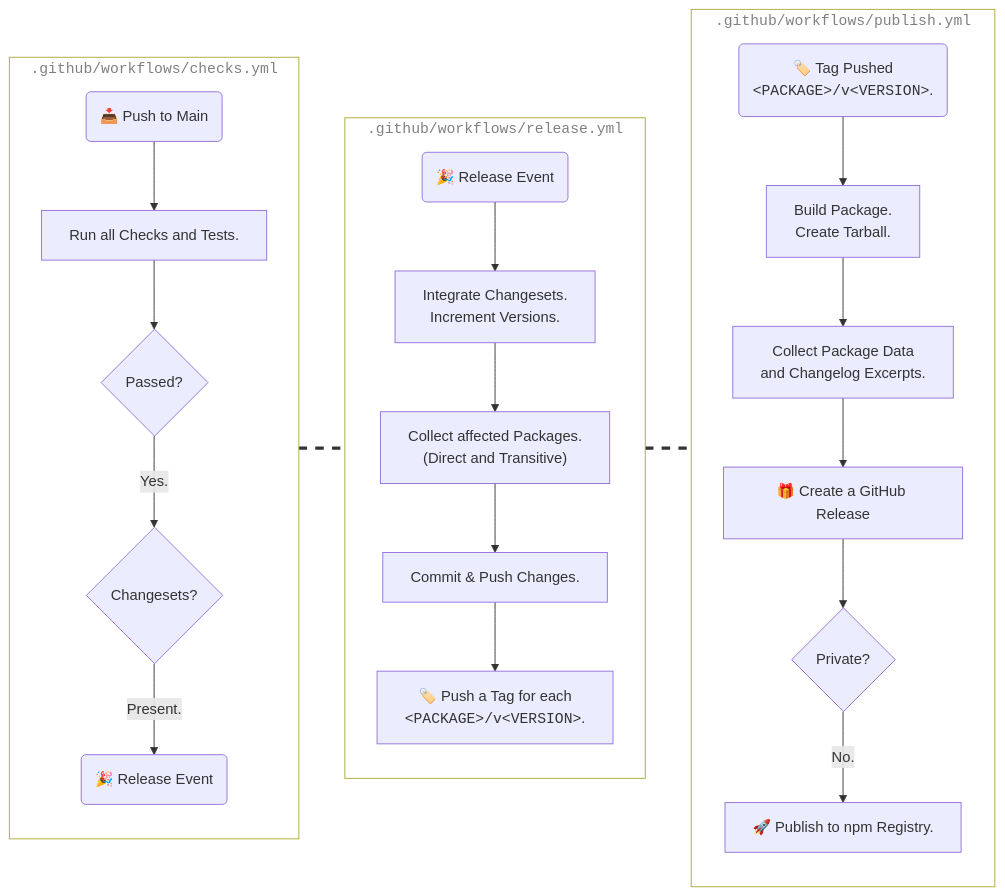
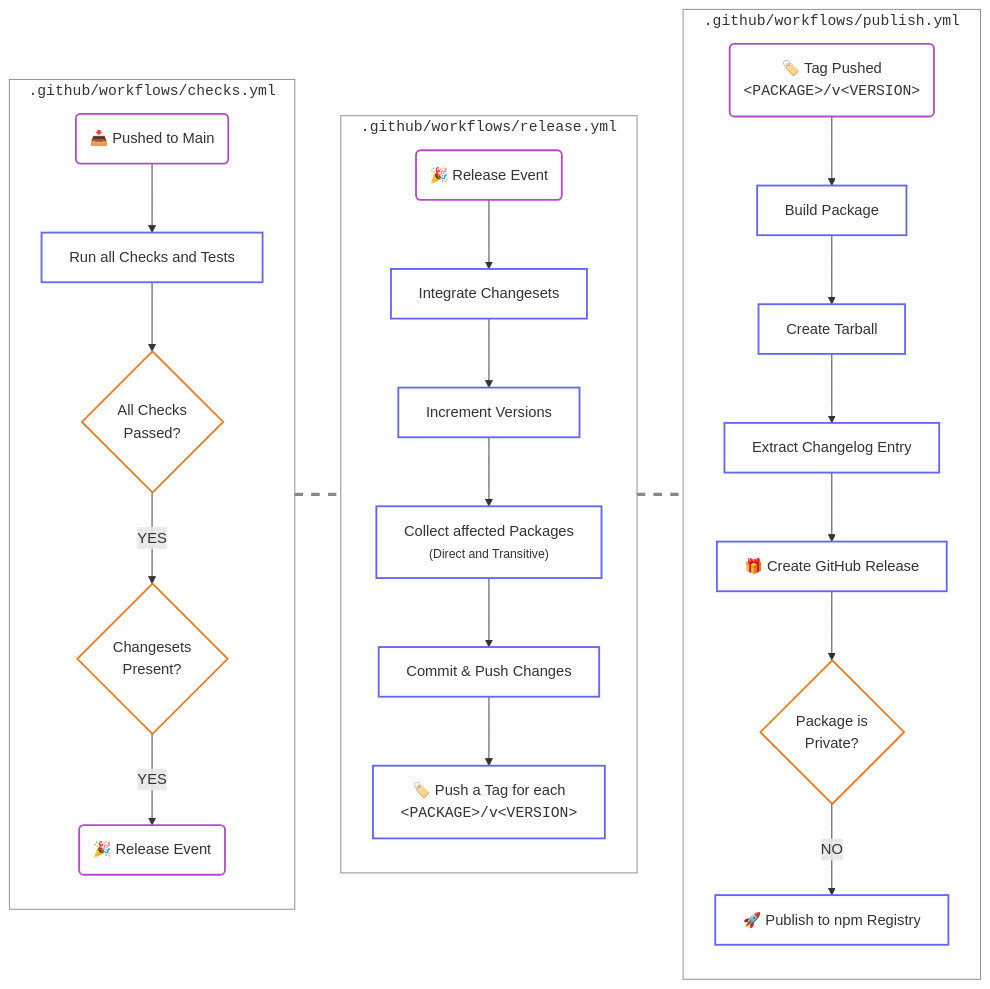
The diagram in README.md (simbo/simbo-configs), drawn with Mermaid before and after one commit.

Commit message:
docs(repo): update ci workflow in readme

````diff
--- a/README.md
+++ b/README.md
@@ -146,59 +146,69 @@
 ```mermaid
 flowchart LR
 
   subgraph ChecksWorkflow["<code>.github/workflows/checks.yml</code>"]
-    PushToMain@{ shape: rounded, label: "📥 Push to Main" }
-    Checks["Run all Checks and Tests."]
-    ChecksPassed{Passed?}
-    Changesets{Changesets?}
+    PushToMain@{ shape: rounded, label: "📥 Pushed to Main" }
+    Checks["Run all Checks and Tests"]
+    ChecksPassed{"All Checks<br>Passed?"}
+    Changesets{"Changesets<br>Present?"}
     ReleaseEventDispatch@{ shape: rounded, label: "🎉 Release Event" }
 
     direction TB
     PushToMain --> Checks
     Checks --> ChecksPassed
-    ChecksPassed -- "Yes." --> Changesets
-    Changesets -- "Present." --> ReleaseEventDispatch
+    ChecksPassed --"YES"--> Changesets
+    Changesets --"YES"--> ReleaseEventDispatch
   end
 
   subgraph ReleaseWorkflow["<code>.github/workflows/release.yml</code>"]
     ReleaseEvent@{ shape: rounded, label: "🎉 Release Event" }
-    IntegrateAndIncrement["Integrate Changesets.<br>Increment Versions."]
-    CollectPackages["Collect affected Packages.<br>(Direct and Transitive)"]
-    CommitAndPushChanges["Commit & Push Changes."]
-    PushReleaseTags["🏷️ Push a Tag for each<br><code>&lt;PACKAGE&gt;/v&lt;VERSION&gt;</code>."]
+    IntegrateChangesets["Integrate Changesets"]
+    IncrementVersions["Increment Versions"]
+    CollectPackages["Collect affected Packages<br><small>(Direct and Transitive)</small>"]
+    CommitAndPushChanges["Commit & Push Changes"]
+    PushReleaseTags["🏷️ Push a Tag for each<br><code>&lt;PACKAGE&gt;/v&lt;VERSION&gt;</code>"]
 
     direction TB
-    ReleaseEvent --> IntegrateAndIncrement
-    IntegrateAndIncrement --> CollectPackages
+    ReleaseEvent --> IntegrateChangesets
+    IntegrateChangesets --> IncrementVersions
+    IncrementVersions --> CollectPackages
     CollectPackages --> CommitAndPushChanges
     CommitAndPushChanges --> PushReleaseTags
   end
 
   subgraph PublishWorkflow["<code>.github/workflows/publish.yml</code>"]
-    TagEvent@{ shape: rounded, label: "🏷️ Tag Pushed<br><code>&lt;PACKAGE&gt;/v&lt;VERSION&gt;</code>." }
-    BuildPackage["Build Package.<br>Create Tarball."]
-    AggregateReleaseData["Collect Package Data<br>and Changelog Excerpts."]
-    CreateRelease["🎁 Create a GitHub Release"]
-    IsPrivate{"Private?"}
-    NPM[🚀 Publish to npm Registry.]
+    TagEvent@{ shape: rounded, label: "🏷️ Tag Pushed<br><code>&lt;PACKAGE&gt;/v&lt;VERSION&gt;</code>" }
+    BuildPackage["Build Package"]
+    CreateTarball["Create Tarball"]
+    ExtractChangelogEntry["Extract Changelog Entry"]
+    CreateRelease["🎁 Create GitHub Release"]
+    IsPrivate{"Package is<br>Private?"}
+    PublishToNpm[🚀 Publish to npm Registry]
 
     direction TB
     TagEvent --> BuildPackage
-    BuildPackage --> AggregateReleaseData
-    AggregateReleaseData --> CreateRelease
+    BuildPackage --> CreateTarball
+    CreateTarball --> ExtractChangelogEntry
+    ExtractChangelogEntry --> CreateRelease
     CreateRelease --> IsPrivate
-    IsPrivate link3@-- "No." --> NPM
+    IsPrivate --"NO"--> PublishToNpm
   end
 
-  ChecksWorkflow link1@=== ReleaseWorkflow
-  ReleaseWorkflow link2@=== PublishWorkflow
+  ChecksWorkflow Link1@=== ReleaseWorkflow
+  ReleaseWorkflow Link2@=== PublishWorkflow
 
-  classDef animate stroke-dasharray: 9,5,stroke-dashoffset: 900,animation: dash 25s linear infinite;
-  class link1 animate
-  class link2 animate
+  classDef animateLink stroke: #888888,stroke-dasharray:9,5,stroke-dashoffset:900, animation: dash 25s linear infinite;
+  class Link1,Link2 animateLink
 
-  classDef transparent fill:transparent,color:#808080
-  class ChecksWorkflow transparent
-  class ReleaseWorkflow transparent
-  class PublishWorkflow transparent
+  classDef workflow stroke:#888888,fill:transparent;
+  class ChecksWorkflow,ReleaseWorkflow,PublishWorkflow workflow
+
+  classDef event stroke:#B54BC8,stroke-width:2px,fill:transparent;
+  class PushToMain,TagEvent,ReleaseEventDispatch,ReleaseEvent event
+
+  classDef step stroke:#6366F1,stroke-width:2px,fill:transparent;
+  class Checks,IntegrateChangesets,IncrementVersions,CollectPackages,CommitAndPushChanges,PushReleaseTags,BuildPackage,CreateTarball,ExtractChangelogEntry,CreateRelease,PublishToNpm step
+
+  classDef gate stroke:#E67E22,stroke-width:2px,fill:transparent
+  class IsPrivate,ChecksPassed,Changesets gate
 ```
````
